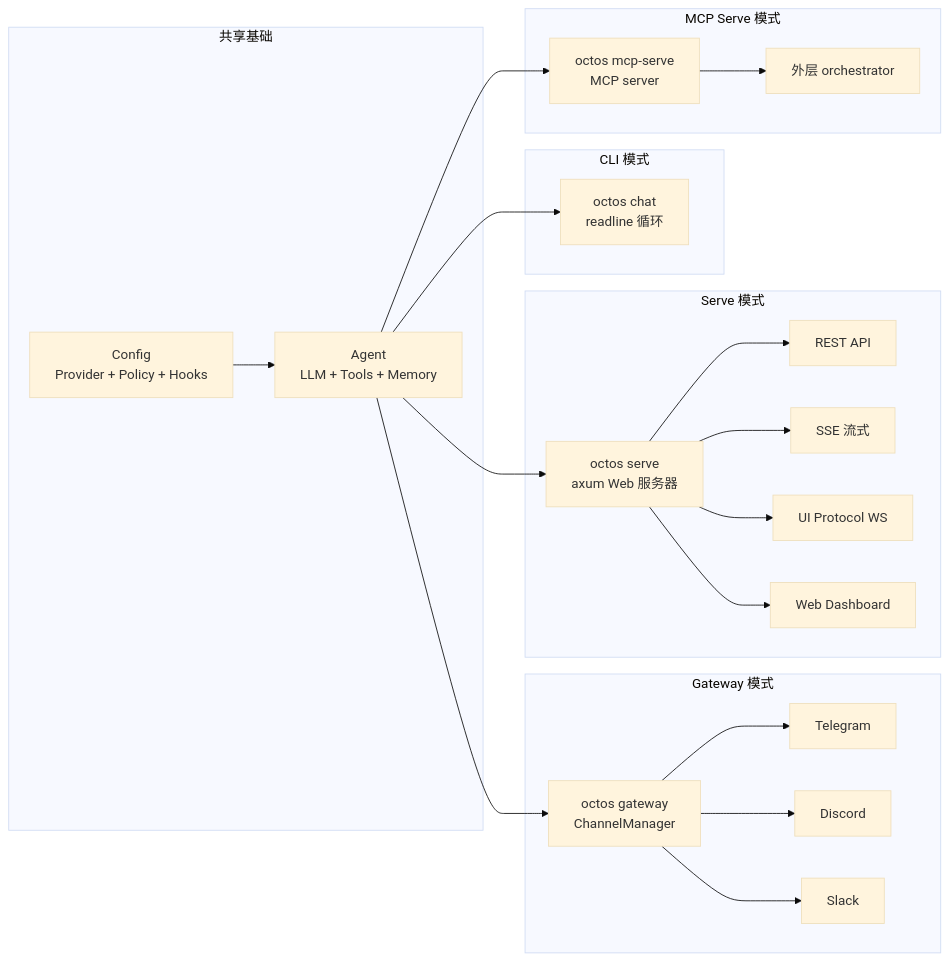
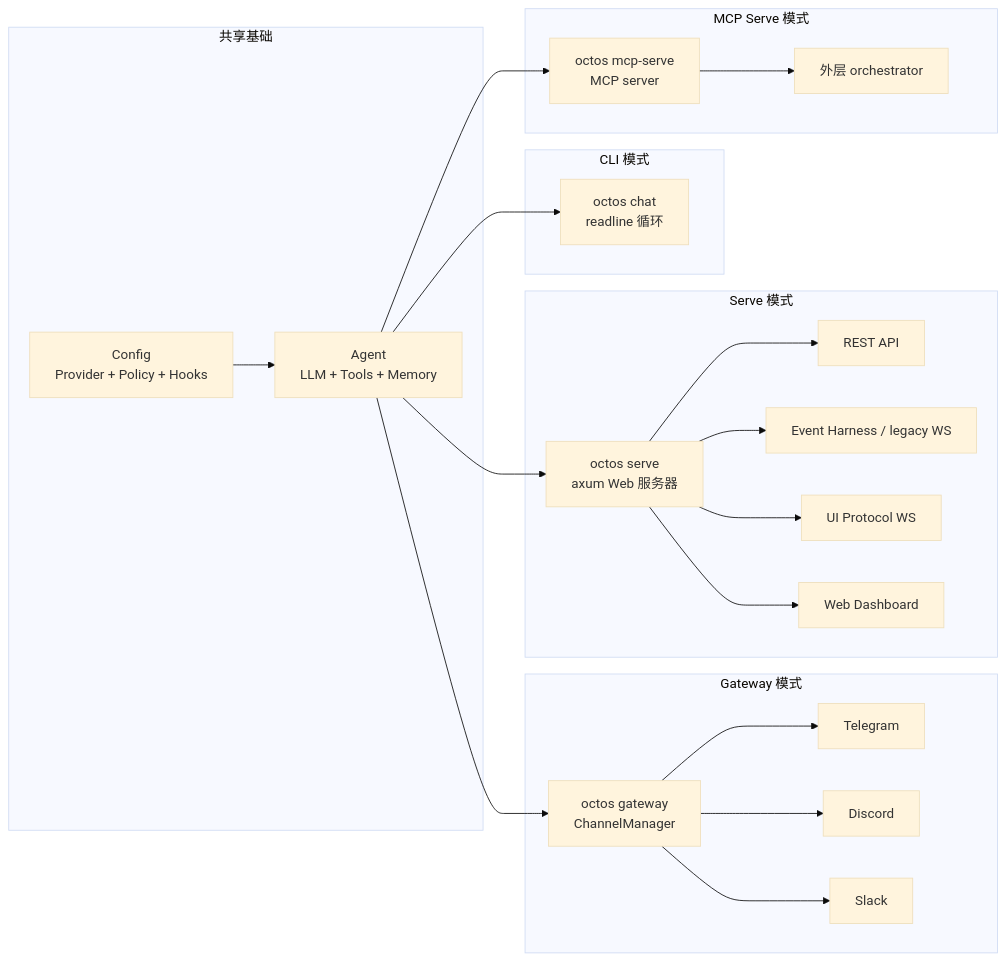
Before and after one commit to ZhangHanDong/octos-book: the third of 3 diagrams in book/src/part3/ch13.md, drawn with Mermaid (base theme). The commit also changed other lines of this file and 9 other files, not shown here.

````diff
--- a/book/src/part3/ch13.md
+++ b/book/src/part3/ch13.md
@@ -88,40 +88,40 @@
 ```mermaid
 flowchart LR
     subgraph "共享基础"
         Agent["Agent<br/>LLM + Tools + Memory"]
         Config["Config<br/>Provider + Policy + Hooks"]
     end
 
     subgraph "CLI 模式"
         CLI["octos chat<br/>readline 循环"]
     end
 
     subgraph "Gateway 模式"
         GW["octos gateway<br/>ChannelManager"]
         TG["Telegram"]
         DC["Discord"]
         SL["Slack"]
     end
 
     subgraph "Serve 模式"
         SV["octos serve<br/>axum Web 服务器"]
         REST["REST API"]
-        SSE["SSE 流式"]
+        Events["Event Harness / legacy WS"]
         UIP["UI Protocol WS"]
         UI["Web Dashboard"]
     end
 
     subgraph "MCP Serve 模式"
         MCP["octos mcp-serve<br/>MCP server"]
         ORCH["外层 orchestrator"]
     end
 
     Config --> Agent
     Agent --> CLI
     Agent --> GW
     Agent --> SV
     Agent --> MCP
     GW --> TG & DC & SL
-    SV --> REST & SSE & UIP & UI
+    SV --> REST & Events & UIP & UI
     MCP --> ORCH
 ```
````
